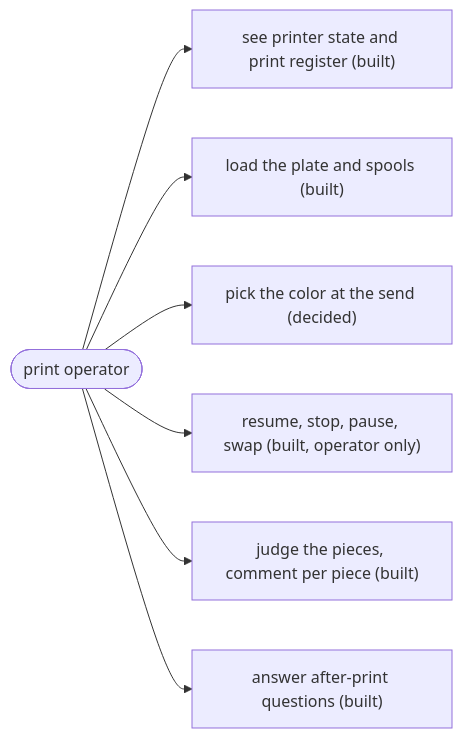
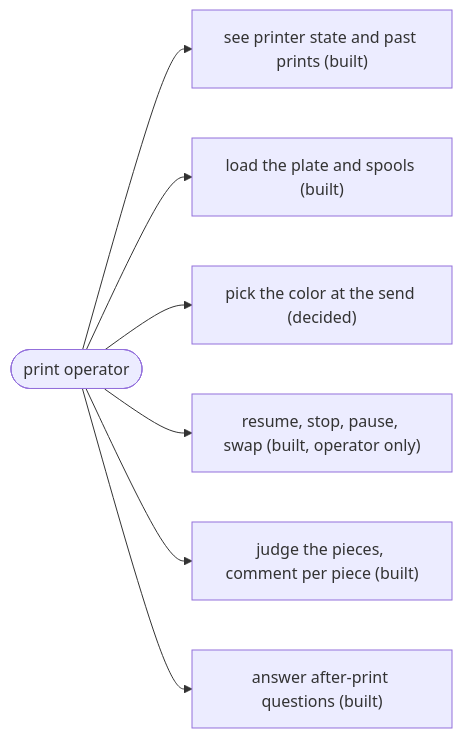
Before and after one commit to omars-lab/3d-models: the fifth of 11 diagrams in docs/design/process/users-and-surfaces-design.md, drawn with Mermaid. The commit also changed other lines of this file and 1 other file, not shown here.

````diff
--- a/docs/design/process/users-and-surfaces-design.md
+++ b/docs/design/process/users-and-surfaces-design.md
@@ -351,9 +352,9 @@
 ```mermaid
 flowchart LR
-  p(["print operator"]) --> p1["see printer state and print register (built)"]
+  p(["print operator"]) --> p1["see printer state and past prints (built)"]
   p --> p2["load the plate and spools (built)"]
   p --> p3["pick the color at the send (decided)"]
   p --> p4["resume, stop, pause, swap (built, operator only)"]
   p --> p5["judge the pieces, comment per piece (built)"]
   p --> p6["answer after-print questions (built)"]
 ```
````
